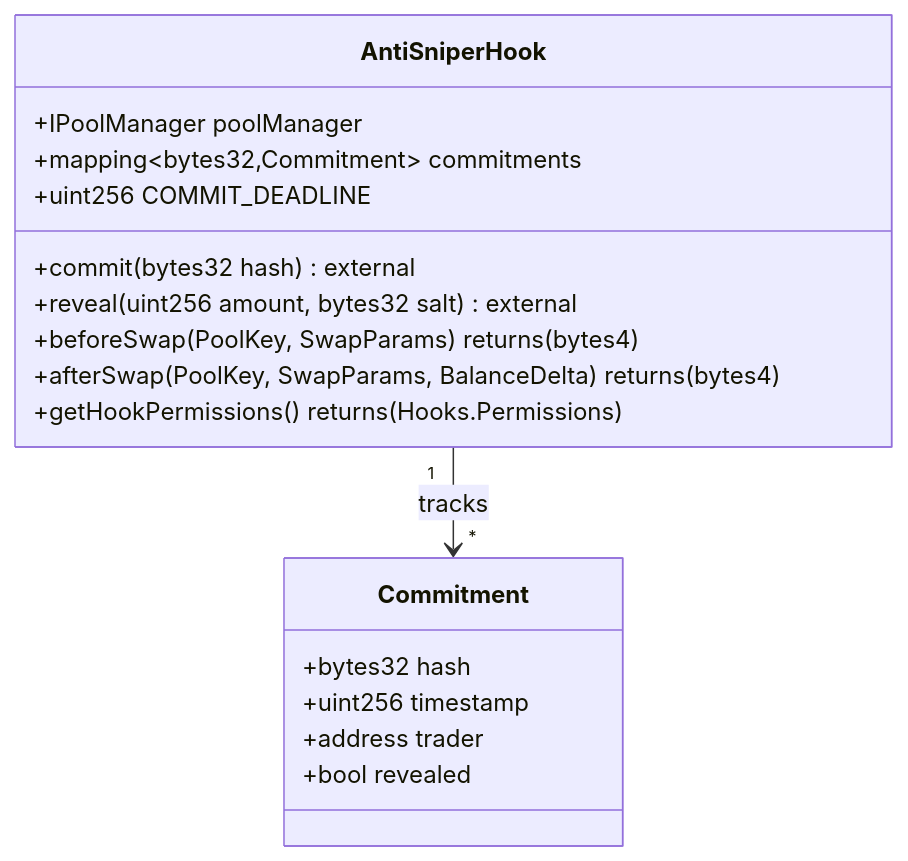
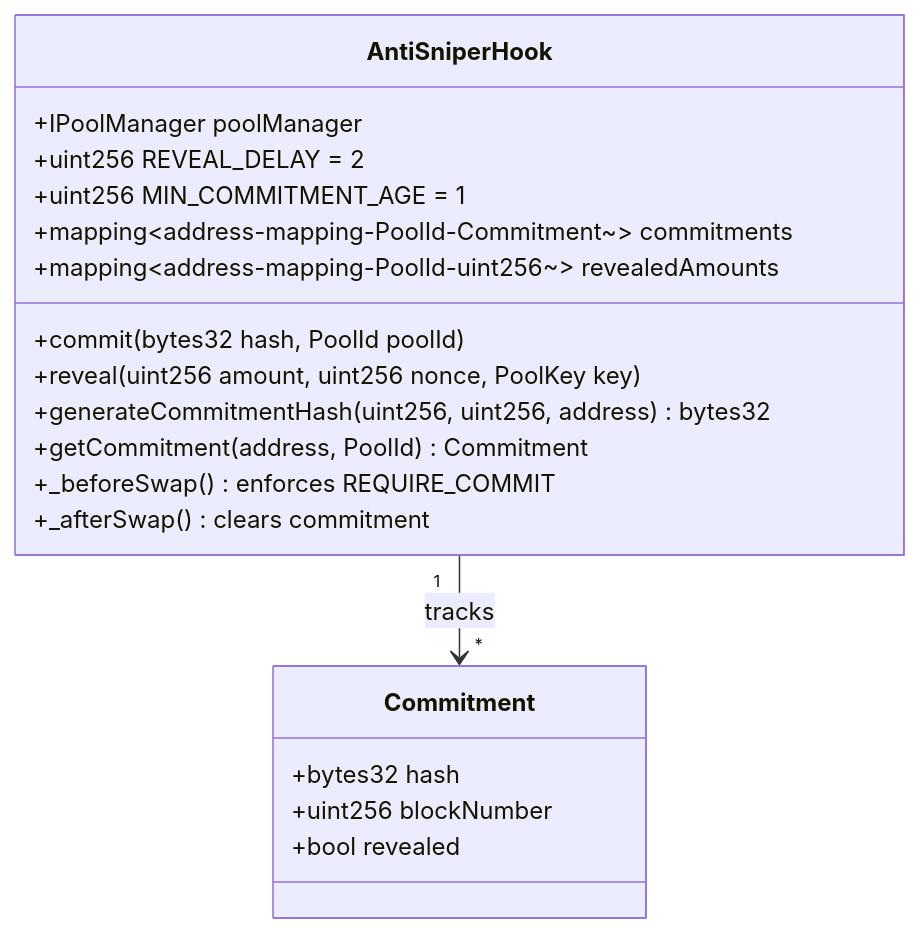
The fourth of 11 diagrams in ARCHITECTURE.md (N-45div/HackMoney2026), drawn with Mermaid before and after one commit. The commit also changed other lines of this file and 2 other files, not shown here.

Commit message:
feat: readme and arch diagram fixes

````diff
--- a/ARCHITECTURE.md
+++ b/ARCHITECTURE.md
@@ -272,22 +161,24 @@
 ```mermaid
 classDiagram
     class AntiSniperHook {
         +IPoolManager poolManager
-        +mapping~bytes32,Commitment~ commitments
-        +uint256 COMMIT_DEADLINE
-        +commit(bytes32 hash) external
-        +reveal(uint256 amount, bytes32 salt) external
-        +beforeSwap(PoolKey, SwapParams) returns(bytes4)
-        +afterSwap(PoolKey, SwapParams, BalanceDelta) returns(bytes4)
-        +getHookPermissions() returns(Hooks.Permissions)
+        +uint256 REVEAL_DELAY = 2
+        +uint256 MIN_COMMITMENT_AGE = 1
+        +mapping~address-mapping-PoolId-Commitment~~ commitments
+        +mapping~address-mapping-PoolId-uint256~~ revealedAmounts
+        +commit(bytes32 hash, PoolId poolId)
+        +reveal(uint256 amount, uint256 nonce, PoolKey key)
+        +generateCommitmentHash(uint256, uint256, address) bytes32
+        +getCommitment(address, PoolId) Commitment
+        +_beforeSwap() enforces REQUIRE_COMMIT
+        +_afterSwap() clears commitment
     }
 
     class Commitment {
         +bytes32 hash
-        +uint256 timestamp
-        +address trader
+        +uint256 blockNumber
         +bool revealed
     }
 
     AntiSniperHook "1" --> "*" Commitment : tracks
 ```
````
